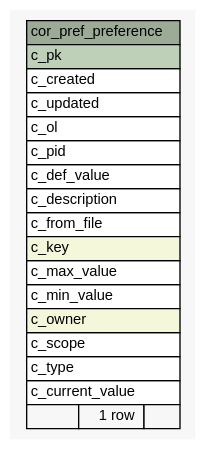
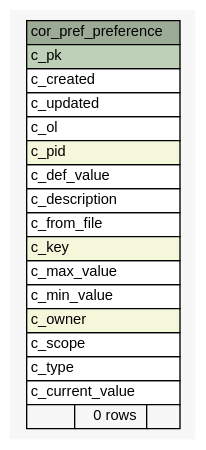
Before and after one commit to openwms/org.openwms.core.preferences.lib: the diagram in 1.0.0-SNAPSHOT/schemaspy/diagrams/summary/cor_pref_preference.1degree.dot, drawn with Graphviz. The commit also changed 150 other files, not shown here.

```diff
--- a/1.0.0-SNAPSHOT/schemaspy/diagrams/summary/cor_pref_preference.1degree.dot
+++ b/1.0.0-SNAPSHOT/schemaspy/diagrams/summary/cor_pref_preference.1degree.dot
@@ -1,44 +1,44 @@
-// dot 2.43.0 on Linux 5.11.0-1020-azure
+// dot 2.43.0 on Linux 5.13.0-1022-azure
 // SchemaSpy rev Unknown
 digraph "cor_pref_preference" {
   graph [
     rankdir="RL"
     bgcolor="#f7f7f7"
     nodesep="0.18"
     ranksep="0.46"
     fontname="Helvetica"
     fontsize="11"
   ];
   node [
     fontname="Helvetica"
     fontsize="11"
     shape="plaintext"
   ];
   edge [
     arrowsize="0.8"
   ];
   "cor_pref_preference" [
     label=<
     <TABLE BORDER="0" CELLBORDER="1" CELLSPACING="0" BGCOLOR="#ffffff">
       <TR><TD COLSPAN="3" BGCOLOR="#9bab96" ALIGN="CENTER">cor_pref_preference</TD></TR>
       <TR><TD PORT="c_pk" COLSPAN="3" BGCOLOR="#bed1b8" ALIGN="LEFT">c_pk</TD></TR>
       <TR><TD PORT="c_created" COLSPAN="3" ALIGN="LEFT">c_created</TD></TR>
       <TR><TD PORT="c_updated" COLSPAN="3" ALIGN="LEFT">c_updated</TD></TR>
       <TR><TD PORT="c_ol" COLSPAN="3" ALIGN="LEFT">c_ol</TD></TR>
-      <TR><TD PORT="c_pid" COLSPAN="3" ALIGN="LEFT">c_pid</TD></TR>
+      <TR><TD PORT="c_pid" COLSPAN="3" BGCOLOR="#f4f7da" ALIGN="LEFT">c_pid</TD></TR>
       <TR><TD PORT="c_def_value" COLSPAN="3" ALIGN="LEFT">c_def_value</TD></TR>
       <TR><TD PORT="c_description" COLSPAN="3" ALIGN="LEFT">c_description</TD></TR>
       <TR><TD PORT="c_from_file" COLSPAN="3" ALIGN="LEFT">c_from_file</TD></TR>
       <TR><TD PORT="c_key" COLSPAN="3" BGCOLOR="#f4f7da" ALIGN="LEFT">c_key</TD></TR>
       <TR><TD PORT="c_max_value" COLSPAN="3" ALIGN="LEFT">c_max_value</TD></TR>
       <TR><TD PORT="c_min_value" COLSPAN="3" ALIGN="LEFT">c_min_value</TD></TR>
       <TR><TD PORT="c_owner" COLSPAN="3" BGCOLOR="#f4f7da" ALIGN="LEFT">c_owner</TD></TR>
       <TR><TD PORT="c_scope" COLSPAN="3" ALIGN="LEFT">c_scope</TD></TR>
       <TR><TD PORT="c_type" COLSPAN="3" ALIGN="LEFT">c_type</TD></TR>
       <TR><TD PORT="c_current_value" COLSPAN="3" ALIGN="LEFT">c_current_value</TD></TR>
-      <TR><TD ALIGN="LEFT" BGCOLOR="#f7f7f7">  </TD><TD ALIGN="RIGHT" BGCOLOR="#f7f7f7">1 row</TD><TD ALIGN="RIGHT" BGCOLOR="#f7f7f7">  </TD></TR>
+      <TR><TD ALIGN="LEFT" BGCOLOR="#f7f7f7">  </TD><TD ALIGN="RIGHT" BGCOLOR="#f7f7f7">0 rows</TD><TD ALIGN="RIGHT" BGCOLOR="#f7f7f7">  </TD></TR>
     </TABLE>>
     URL="tables/cor_pref_preference.html"
     tooltip="cor_pref_preference"
   ];
 }
```
